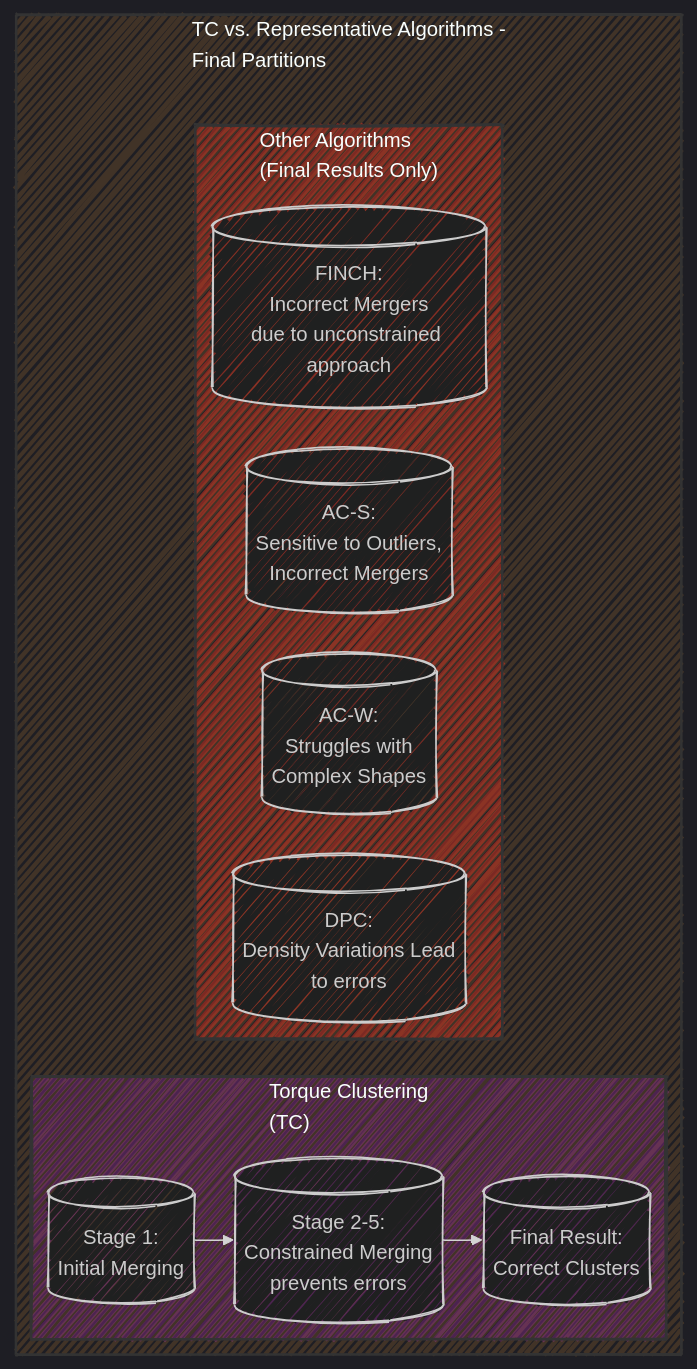
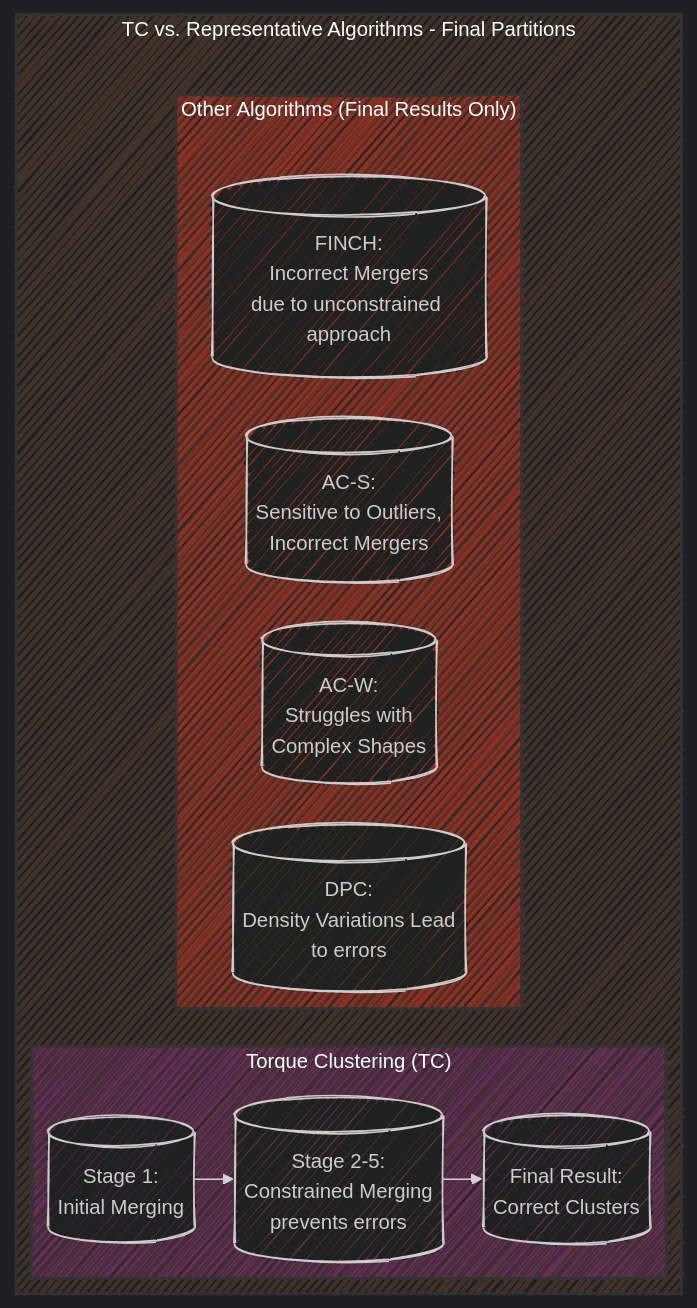
Diagram 11 of 14 in IEEE/Torque_Clustering /Torque_Clustering_Mermaid_Diagrams_Draft_3.md (CongLeSolutionX/AlgoVerse), drawn with Mermaid before and after one commit. The commit also changed other lines of this file, not shown here.

````diff
--- a/IEEE/Torque_Clustering /Torque_Clustering_Mermaid_Diagrams_Draft_3.md
+++ b/IEEE/Torque_Clustering /Torque_Clustering_Mermaid_Diagrams_Draft_3.md
@@ -688,26 +606,26 @@
 ```mermaid
 ---
 config:
   layout: elk
   look: handDrawn
   theme: dark
 ---
 graph LR
-    subgraph TC_vs_Others["TC vs. Representative Algorithms -<br> Final Partitions"]
+    subgraph TC_vs_Others["TC vs. Representative Algorithms - Final Partitions"]
     style TC_vs_Others fill:#c833,stroke:#333,stroke-width:2px
-        subgraph TC["Torque Clustering<br>(TC)"]
+        subgraph TC["Torque Clustering (TC)"]
         style TC fill:#c3c4,stroke:#333,stroke-width:2px
             A[("Stage 1:<br>Initial Merging")]
             A --> B[("Stage 2-5:<br>Constrained Merging<br>prevents errors")]
             B --> C[("Final Result:<br>Correct Clusters")]
        end
 
-        subgraph Other_Algorithms["Other Algorithms<br>(Final Results Only)"]
+        subgraph Other_Algorithms["Other Algorithms (Final Results Only)"]
         style Other_Algorithms fill:#c328,stroke:#333,stroke-width:2px
             O1[("AC-S:<br>Sensitive to Outliers,<br>Incorrect Mergers")]
             O2[("AC-W:<br>Struggles with<br>Complex Shapes")]
             O3[("FINCH:<br>Incorrect Mergers<br>due to unconstrained approach")]
             O4[("DPC:<br>Density Variations Lead<br>to errors")]
        end
    end
 ```
````
